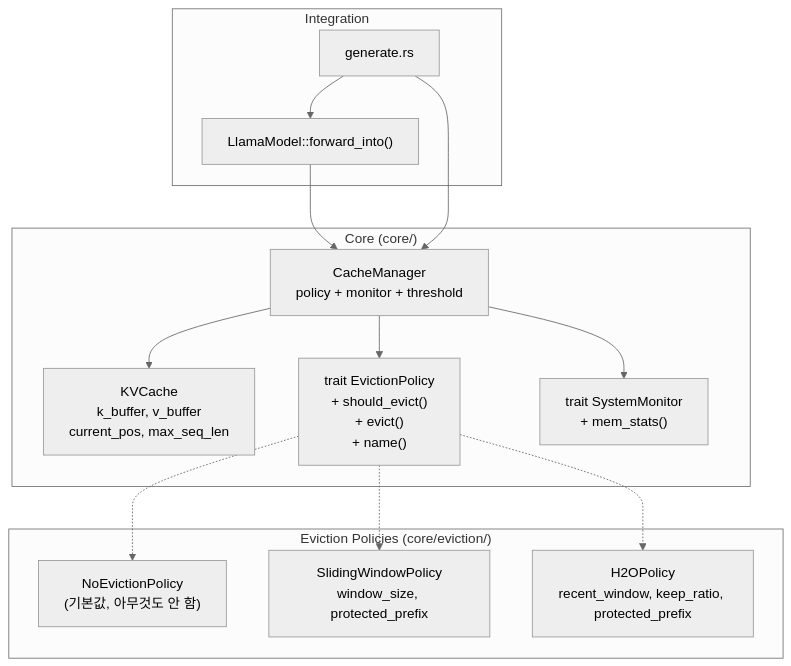
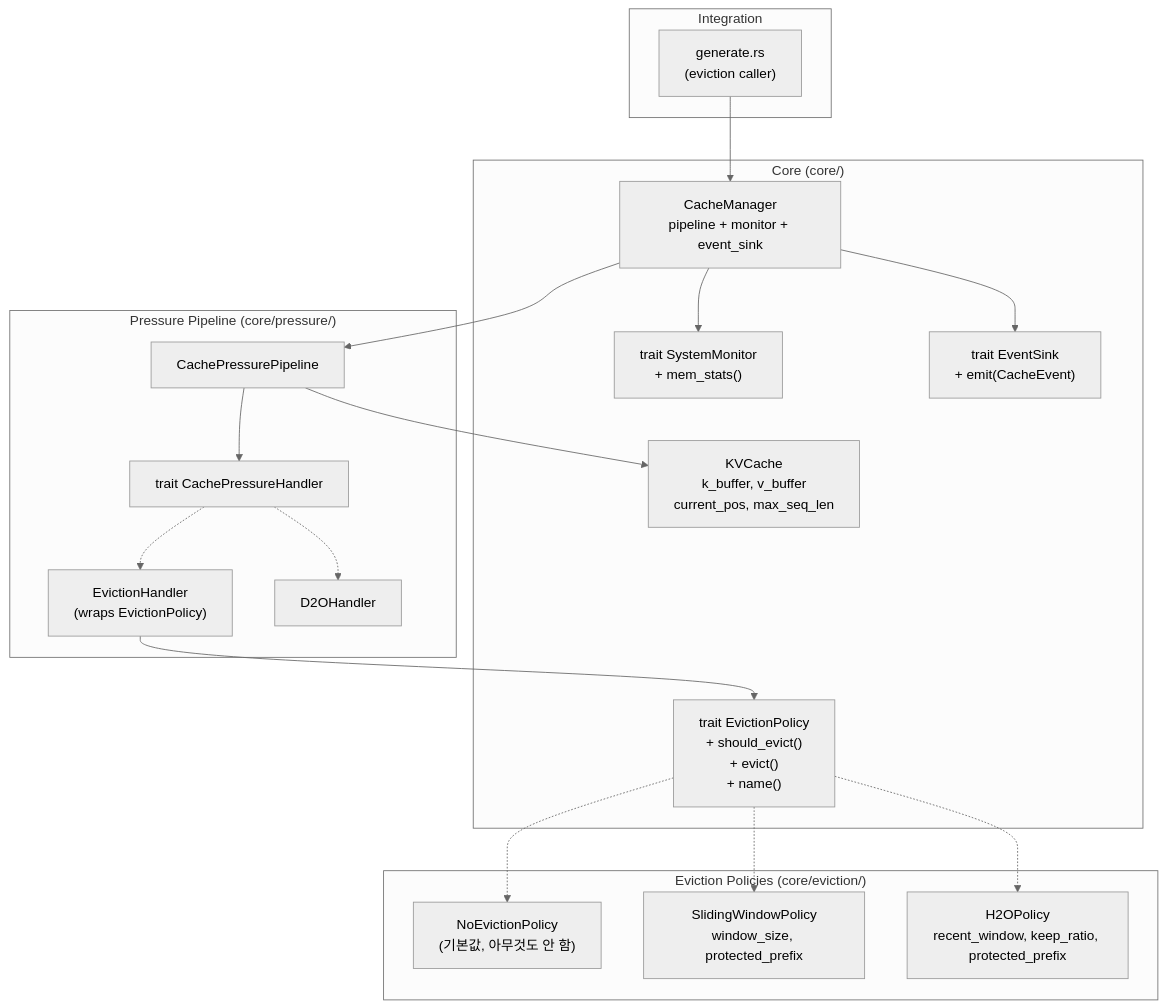
One commit to hedone21/llm_rs2 changed the first of 3 diagrams in docs/11_kv_cache_management.md. Above: the diagram before and after it, drawn with Mermaid (neutral theme). The commit also changed other lines of this file and 5 other files, not shown here.

First line of the commit message:
docs: sync documentation with refactored cache/model architecture

````diff
--- a/docs/11_kv_cache_management.md
+++ b/docs/11_kv_cache_management.md
@@ -31,32 +31,42 @@
 ```mermaid
 graph TB
     subgraph "Core (core/)"
         KVCache["KVCache<br/>k_buffer, v_buffer<br/>current_pos, max_seq_len"]
         EvictionPolicy["trait EvictionPolicy<br/>+ should_evict()<br/>+ evict()<br/>+ name()"]
-        CacheManager["CacheManager<br/>policy + monitor + threshold"]
+        CacheManager["CacheManager<br/>pipeline + monitor + event_sink"]
         SystemMonitor["trait SystemMonitor<br/>+ mem_stats()"]
+        EventSink["trait EventSink<br/>+ emit(CacheEvent)"]
+    end
+
+    subgraph "Pressure Pipeline (core/pressure/)"
+        Pipeline["CachePressurePipeline"]
+        HandlerTrait["trait CachePressureHandler"]
+        EvictionHandler["EvictionHandler<br/>(wraps EvictionPolicy)"]
+        D2OHandler["D2OHandler"]
     end
 
     subgraph "Eviction Policies (core/eviction/)"
         NoEviction["NoEvictionPolicy<br/>(기본값, 아무것도 안 함)"]
         SlidingWindow["SlidingWindowPolicy<br/>window_size, protected_prefix"]
         H2O["H2OPolicy<br/>recent_window, keep_ratio, protected_prefix"]
     end
 
     subgraph "Integration"
-        LlamaModel["LlamaModel::forward_into()"]
-        GenerateBin["generate.rs"]
+        GenerateBin["generate.rs<br/>(eviction caller)"]
     end
 
-    CacheManager --> EvictionPolicy
+    CacheManager --> Pipeline
     CacheManager --> SystemMonitor
-    CacheManager --> KVCache
+    CacheManager --> EventSink
+    Pipeline --> HandlerTrait
+    HandlerTrait -.-> EvictionHandler
+    HandlerTrait -.-> D2OHandler
+    EvictionHandler --> EvictionPolicy
+    Pipeline --> KVCache
 
     EvictionPolicy -.-> NoEviction
     EvictionPolicy -.-> SlidingWindow
     EvictionPolicy -.-> H2O
 
-    LlamaModel --> CacheManager
     GenerateBin --> CacheManager
-    GenerateBin --> LlamaModel
 ```
````
